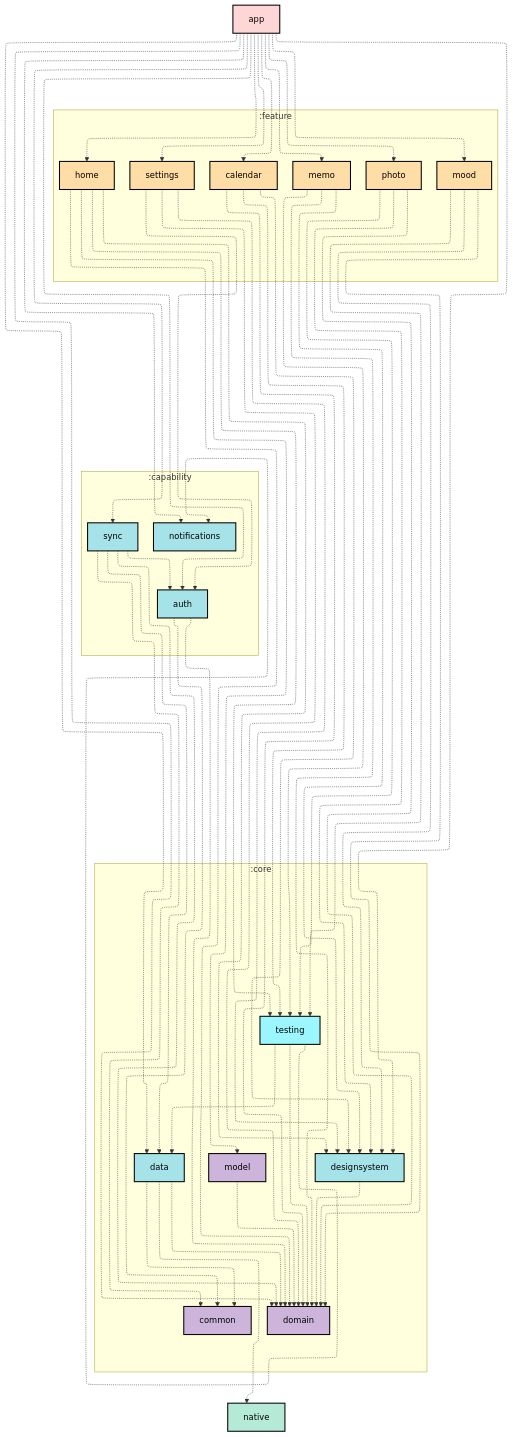
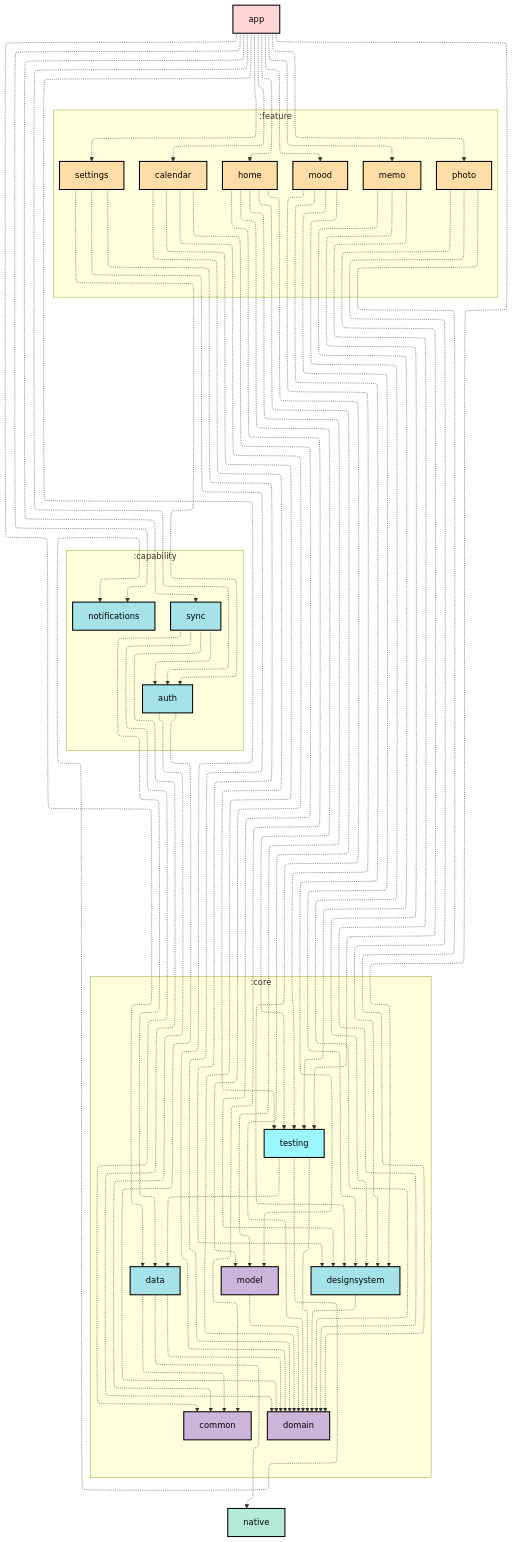
Before and after one commit to M1n9yu23/LifeLog-Compose-Clean-Architecture: the diagram in README.md, drawn with Mermaid. The commit also changed other lines of this file, not shown here.

```diff
--- a/README.md
+++ b/README.md
@@ -73,18 +73,21 @@
 :core:testing -.-> :core:domain
 :core:testing -.-> :core:data
 :core:testing -.-> :notifications
+:feature:home -.-> :core:common
 :feature:home -.-> :core:designsystem
 :feature:home -.-> :core:domain
 :feature:home -.-> :core:model
 :feature:home -.-> :core:testing
 :feature:calendar -.-> :core:designsystem
 :feature:calendar -.-> :core:domain
+:feature:calendar -.-> :core:model
 :feature:calendar -.-> :core:testing
 :feature:memo -.-> :core:designsystem
 :feature:memo -.-> :core:domain
 :feature:memo -.-> :core:testing
 :feature:mood -.-> :core:designsystem
 :feature:mood -.-> :core:domain
+:feature:mood -.-> :core:model
 :feature:mood -.-> :core:testing
 :feature:photo -.-> :core:designsystem
 :feature:photo -.-> :core:domain
```
